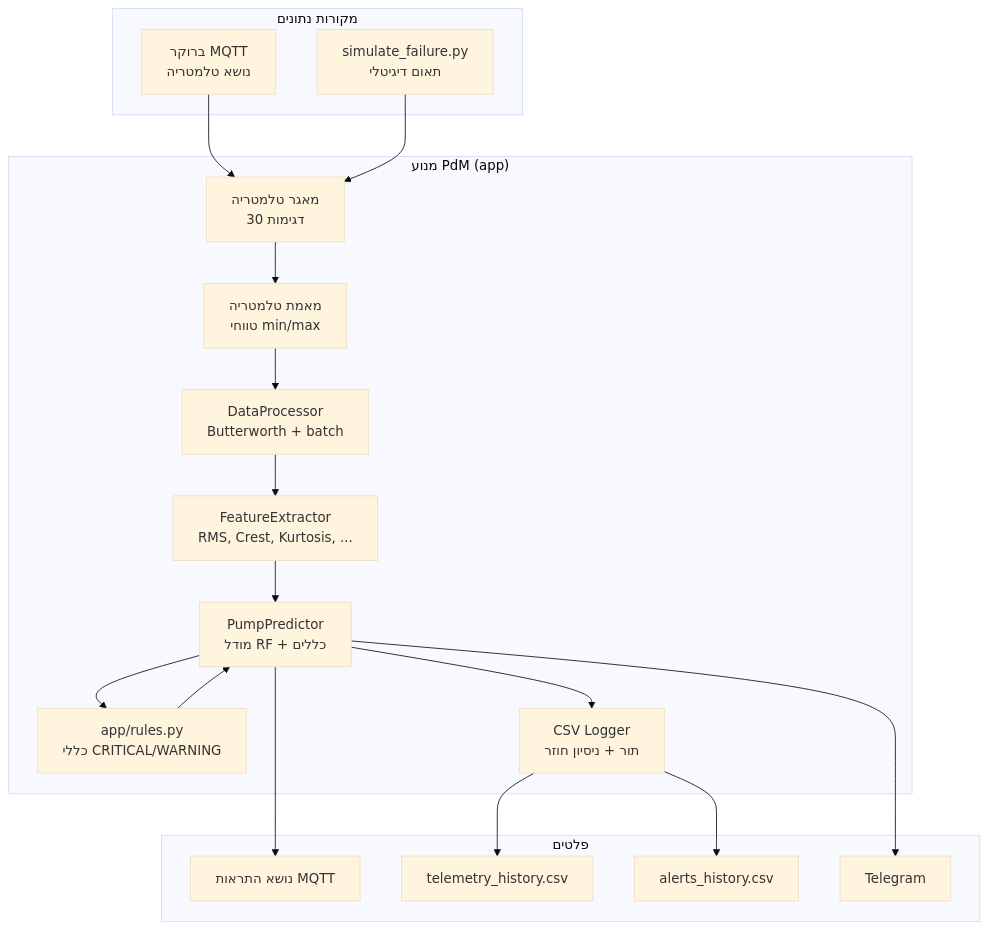
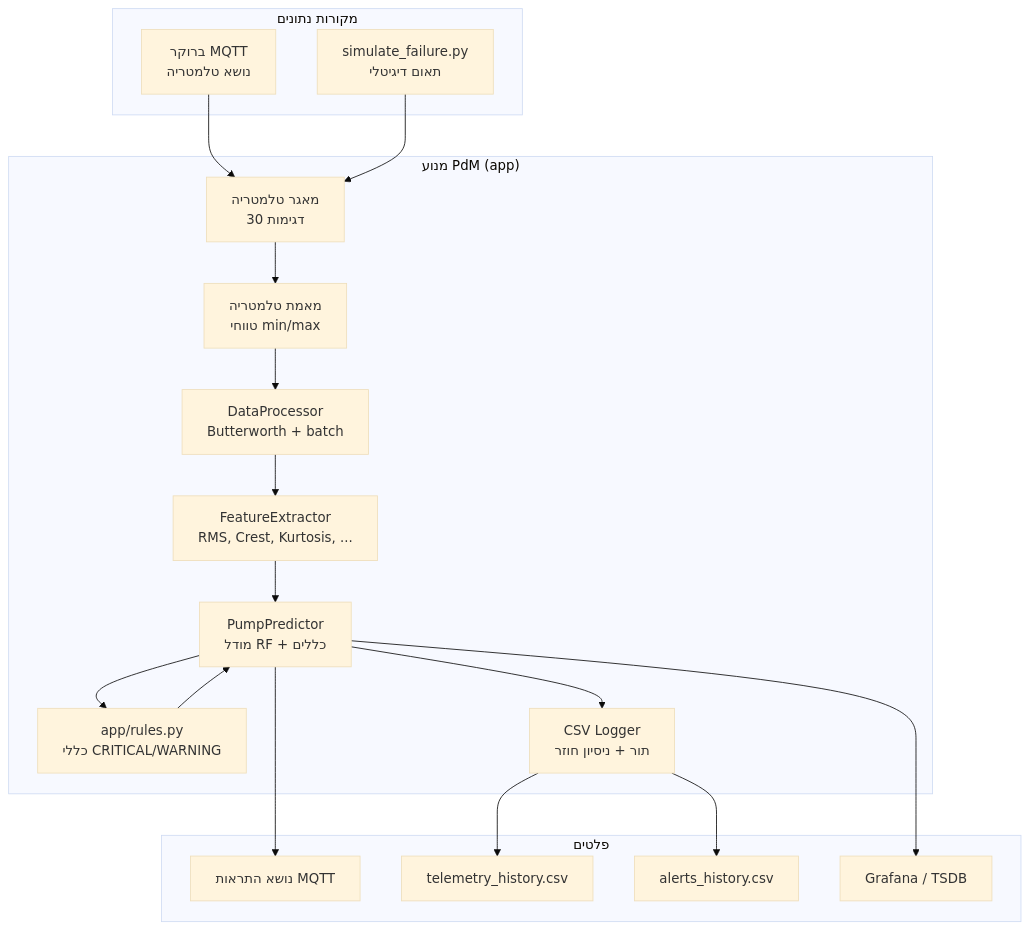
One commit to plantagenet777/dev-workspace-2026 changed the first of 3 diagrams in docs/he/ARCHITECTURE.md. Above: the diagram before and after it, drawn with Mermaid (base theme). The commit also changed 3 other files, not shown here.

````diff
--- a/docs/he/ARCHITECTURE.md
+++ b/docs/he/ARCHITECTURE.md
@@ -9,38 +9,38 @@
 ```mermaid
 flowchart TB
     subgraph Sources["מקורות נתונים"]
         MQTT[ברוקר MQTT\nנושא טלמטריה]
         SIM[simulate_failure.py\nתאום דיגיטלי]
     end
 
     subgraph Engine["מנוע PdM (app)"]
         BUF[מאגר טלמטריה\n30 דגימות]
         VAL[מאמת טלמטריה\nטווחי min/max]
         PROC[DataProcessor\nButterworth + batch]
         FEAT[FeatureExtractor\nRMS, Crest, Kurtosis, ...]
         PRED[PumpPredictor\nמודל RF + כללים]
         RULES[app/rules.py\nכללי CRITICAL/WARNING]
         CSV[CSV Logger\nתור + ניסיון חוזר]
     end
 
     subgraph Outputs["פלטים"]
         MQTT_A[נושא התראות MQTT]
         CSV_T[telemetry_history.csv]
         CSV_A[alerts_history.csv]
-        TG[Telegram]
+        GRAF[Grafana / TSDB]
     end
 
     MQTT --> BUF
     SIM --> BUF
     BUF --> VAL
     VAL --> PROC
     PROC --> FEAT
     FEAT --> PRED
     PRED --> RULES
     RULES --> PRED
     PRED --> CSV
     PRED --> MQTT_A
     CSV --> CSV_T
     CSV --> CSV_A
-    PRED --> TG
+    PRED --> GRAF
 ```
````
